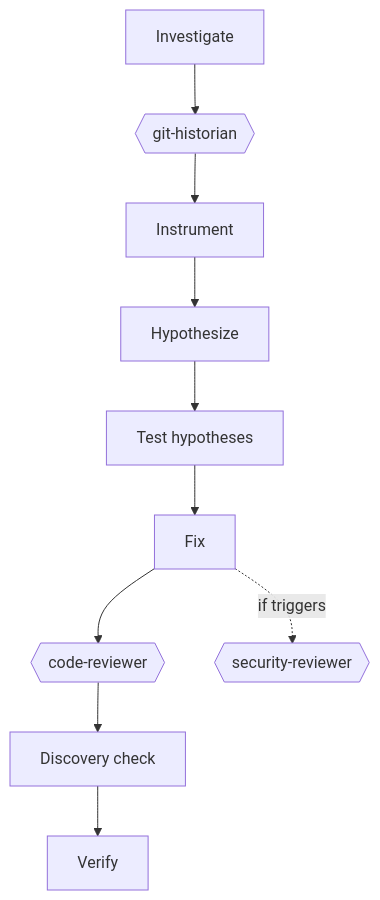
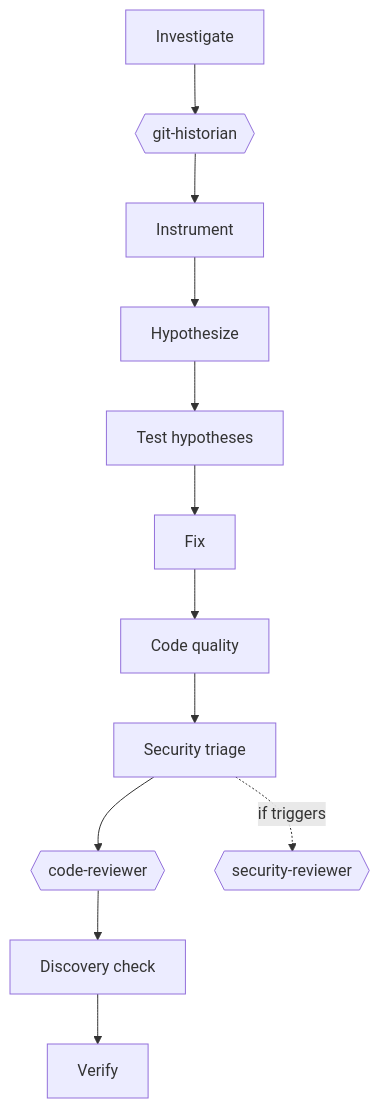
Before and after one commit to gigi206/ops: the seventh of 15 diagrams in README.md, drawn with Mermaid. The commit also changed other lines of this file and 11 other files, not shown here.

````diff
--- a/README.md
+++ b/README.md
@@ -441,12 +444,14 @@
 ```mermaid
 flowchart TD
     I["Investigate"] --> GH{{"git-historian"}}
     GH --> INS["Instrument"]
     INS --> H["Hypothesize"]
     H --> T["Test hypotheses"]
     T --> F["Fix"]
-    F --> CODREV{{"code-reviewer"}}
-    F -.->|if triggers| SECREV{{"security-reviewer"}}
+    F --> CQ["Code quality"]
+    CQ --> ST["Security triage"]
+    ST --> CODREV{{"code-reviewer"}}
+    ST -.->|if triggers| SECREV{{"security-reviewer"}}
     CODREV --> DC["Discovery check"]
     DC --> V["Verify"]
 ```
````
